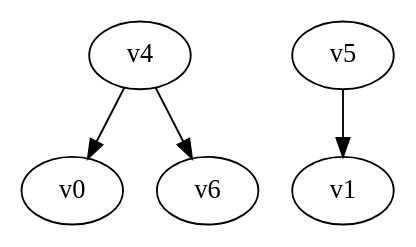
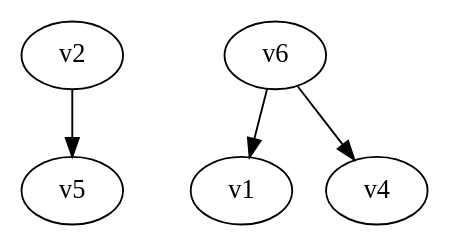
Before and after one commit to yadej/graph_project: the diagram in digraph.dot, drawn with Graphviz. The commit also changed 2 other files, not shown here.

```diff
--- a/digraph.dot
+++ b/digraph.dot
@@ -1,5 +1,5 @@
 digraph G { 
-v4 -> v0;
-v4 -> v6;
-v5 -> v1;
+v2 -> v5;
+v6 -> v1;
+v6 -> v4;
 }
```
